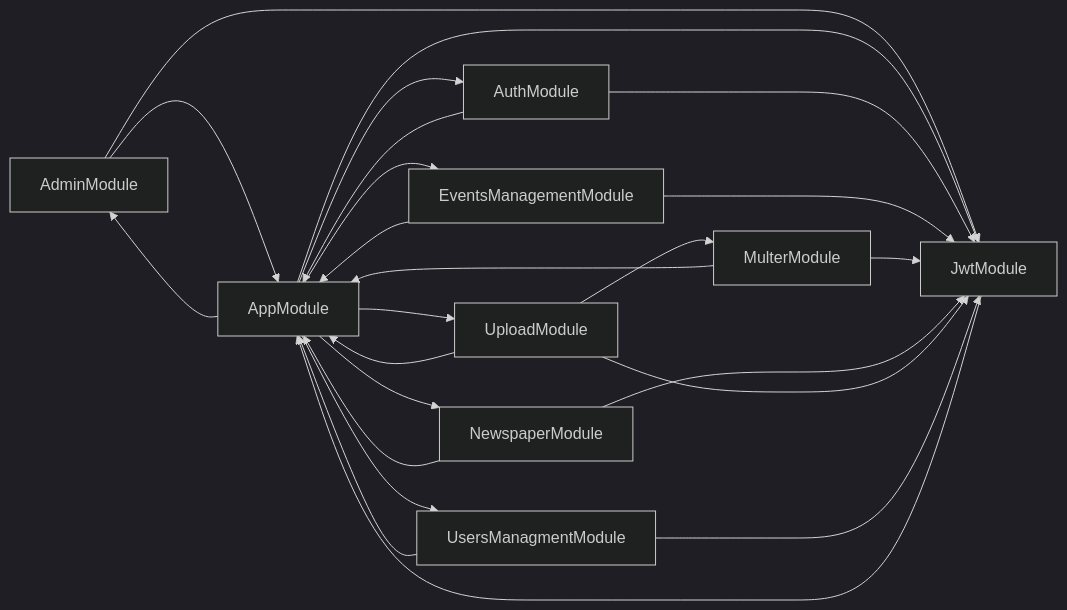
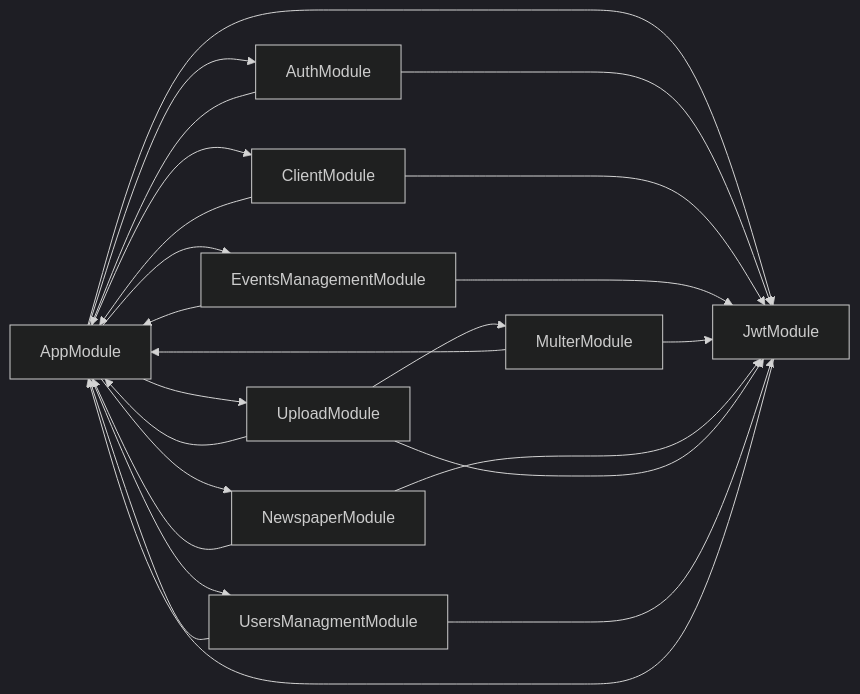
The diagram in deps.mermaid (Mahmoudgalalz/crcl-service), drawn with Mermaid (dark theme) before and after one commit. The commit also changed 11 other files, not shown here.

```diff
--- a/deps.mermaid
+++ b/deps.mermaid
@@ -1,24 +1,24 @@
 graph LR
-  AdminModule-->AppModule
-  AdminModule-->JwtModule
-  AppModule-->AdminModule
   AppModule-->AuthModule
+  AppModule-->ClientModule
   AppModule-->EventsManagementModule
   AppModule-->JwtModule
   AppModule-->NewspaperModule
   AppModule-->UploadModule
   AppModule-->UsersManagmentModule
   AuthModule-->AppModule
   AuthModule-->JwtModule
+  ClientModule-->AppModule
+  ClientModule-->JwtModule
   EventsManagementModule-->AppModule
   EventsManagementModule-->JwtModule
   JwtModule-->AppModule
   MulterModule-->AppModule
   MulterModule-->JwtModule
   NewspaperModule-->AppModule
   NewspaperModule-->JwtModule
   UploadModule-->AppModule
   UploadModule-->JwtModule
   UploadModule-->MulterModule
   UsersManagmentModule-->AppModule
   UsersManagmentModule-->JwtModule
```
